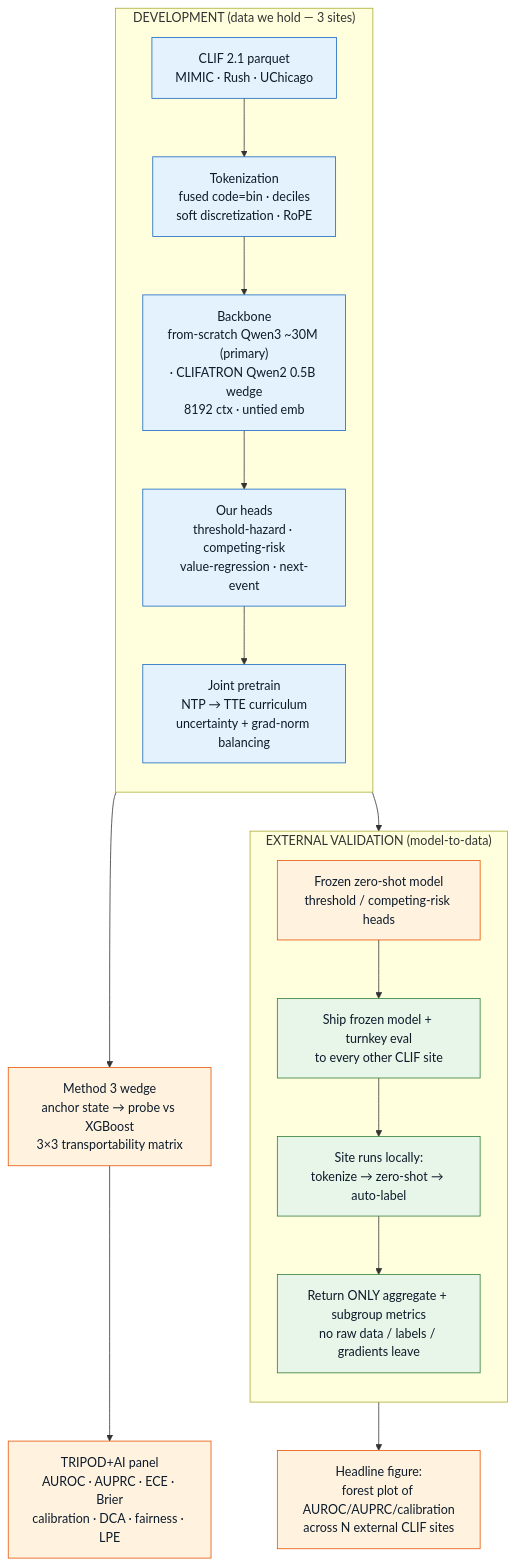
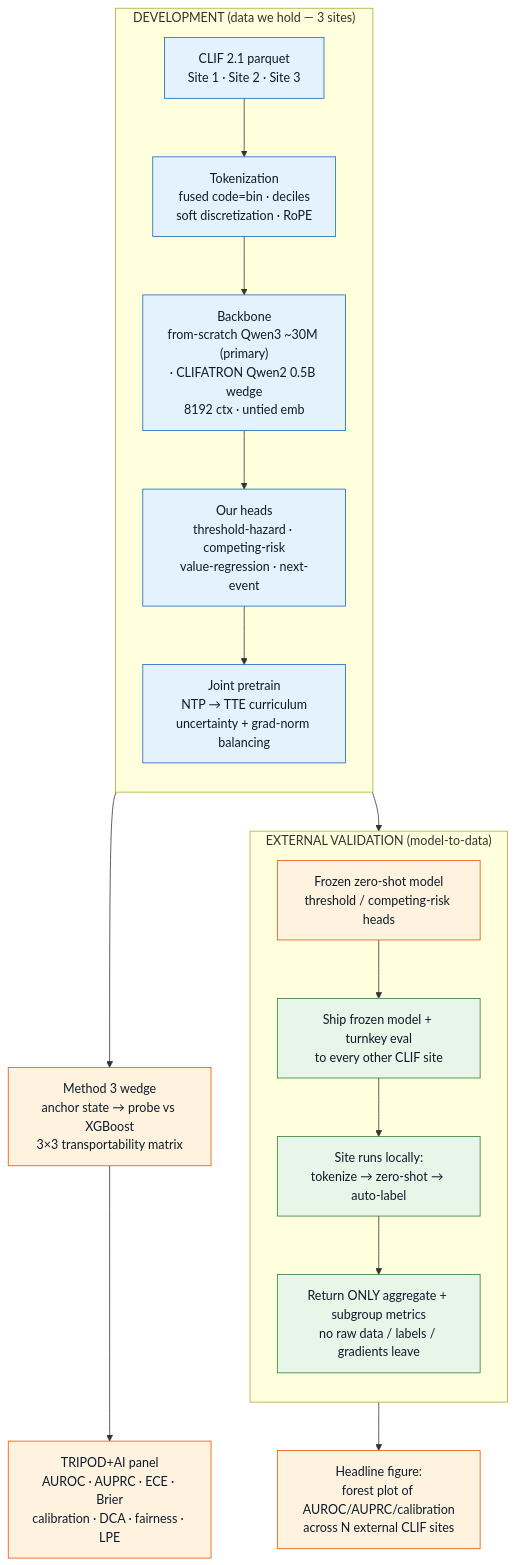
One commit to sajor2000/clifatron2.0 changed the first of 4 diagrams in website/docs/overview.md. Above: the diagram before and after it, drawn with Mermaid. The commit also changed other lines of this file and 7 other files, not shown here.

````diff
--- a/website/docs/overview.md
+++ b/website/docs/overview.md
@@ -49,30 +49,30 @@
 ```mermaid
 flowchart TB
     subgraph DEV["DEVELOPMENT (data we hold — 3 sites)"]
         direction TB
-        A["CLIF 2.1 parquet<br/>MIMIC · Rush · UChicago"] --> B["Tokenization<br/>fused code=bin · deciles<br/>soft discretization · RoPE"]
+        A["CLIF 2.1 parquet<br/>Site 1 · Site 2 · Site 3"] --> B["Tokenization<br/>fused code=bin · deciles<br/>soft discretization · RoPE"]
         B --> C["Backbone<br/>from-scratch Qwen3 ~30M (primary)<br/>· CLIFATRON Qwen2 0.5B wedge<br/>8192 ctx · untied emb"]
         C --> D["Our heads<br/>threshold-hazard · competing-risk<br/>value-regression · next-event"]
         D --> E["Joint pretrain<br/>NTP → TTE curriculum<br/>uncertainty + grad-norm balancing"]
     end
 
     E --> F["Method 3 wedge<br/>anchor state → probe vs XGBoost<br/>3×3 transportability matrix"]
     E --> G["Frozen zero-shot model<br/>threshold / competing-risk heads"]
 
     subgraph EXT["EXTERNAL VALIDATION (model-to-data)"]
         direction TB
         G --> H["Ship frozen model + turnkey eval<br/>to every other CLIF site"]
         H --> I["Site runs locally:<br/>tokenize → zero-shot → auto-label"]
         I --> J["Return ONLY aggregate + subgroup metrics<br/>no raw data / labels / gradients leave"]
     end
 
     F --> K["TRIPOD+AI panel<br/>AUROC · AUPRC · ECE · Brier<br/>calibration · DCA · fairness · LPE"]
     J --> L["Headline figure:<br/>forest plot of AUROC/AUPRC/calibration<br/>across N external CLIF sites"]
 
     classDef dev fill:#e3f2fd,stroke:#1565c0,color:#0d1b2a;
     classDef ext fill:#e8f5e9,stroke:#2e7d32,color:#0d1b2a;
     classDef out fill:#fff3e0,stroke:#e65100,color:#0d1b2a;
     class A,B,C,D,E dev;
     class H,I,J ext;
     class F,G,K,L out;
 ```
````
